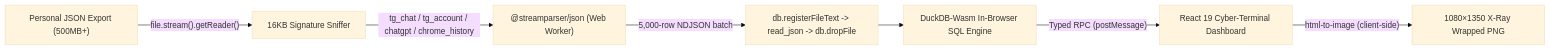
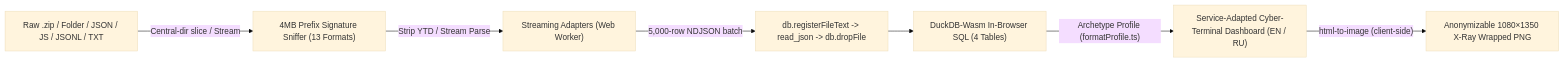
The diagram in README.md (wioledead/takeout-xray), drawn with Mermaid (base theme) before and after one commit. The commit also changed other lines of this file and 5 other files, not shown here.

````diff
--- a/README.md
+++ b/README.md
@@ -27,9 +29,9 @@
 ```mermaid
 flowchart LR
-    File["Personal JSON Export (500MB+)"] -->|"file.stream().getReader()"| Detector["16KB Signature Sniffer"]
-    Detector -->|"tg_chat / tg_account / chatgpt / chrome_history"| Parser["@streamparser/json (Web Worker)"]
-    Parser -->|"5,000-row NDJSON batch"| VFS["db.registerFileText -> read_json -> db.dropFile"]
-    VFS --> DuckDB["DuckDB-Wasm In-Browser SQL Engine"]
-    DuckDB -->|"Typed RPC (postMessage)"| UI["React 19 Cyber-Terminal Dashboard"]
-    UI -->|"html-to-image (client-side)"| PNG["1080×1350 X-Ray Wrapped PNG"]
+    Drop["Raw .zip / Folder / JSON / JS / JSONL / TXT"] -->|"Central-dir slice / Stream"| Detector["4MB Prefix Signature Sniffer (13 Formats)"]
+    Detector -->|"Strip YTD / Stream Parse"| Worker["Streaming Adapters (Web Worker)"]
+    Worker -->|"5,000-row NDJSON batch"| VFS["db.registerFileText -> read_json -> db.dropFile"]
+    VFS --> DuckDB["DuckDB-Wasm In-Browser SQL (4 Tables)"]
+    DuckDB -->|"Archetype Profile (formatProfile.ts)"| UI["Service-Adapted Cyber-Terminal Dashboard (EN / RU)"]
+    UI -->|"html-to-image (client-side)"| PNG["Anonymizable 1080×1350 X-Ray Wrapped PNG"]
 ```
````
